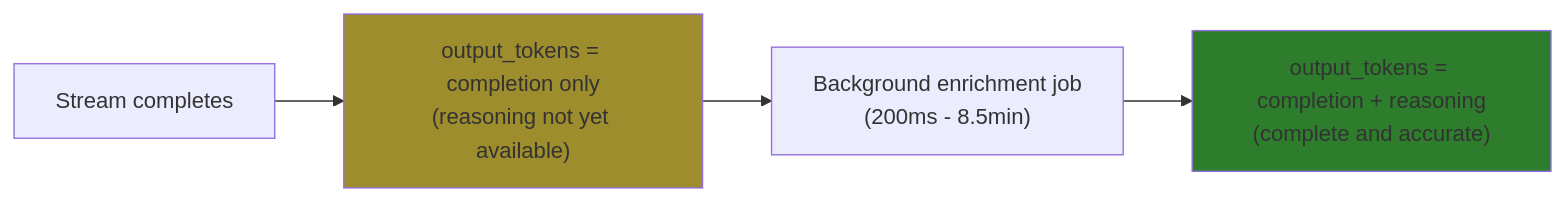
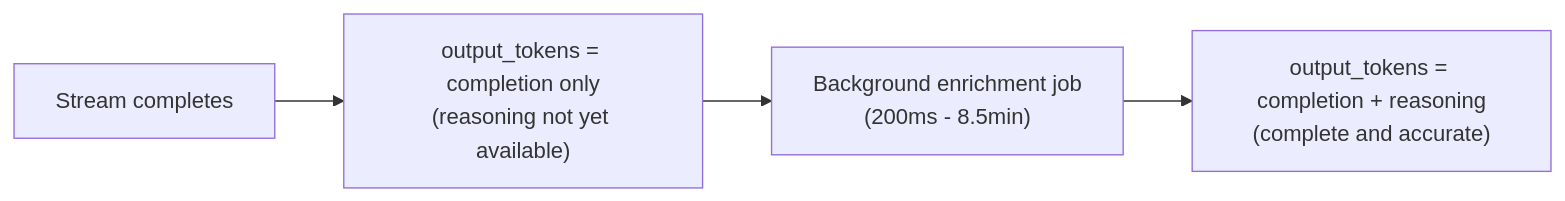
One commit to haowjy/meridian-flow changed the second of 2 diagrams in _docs/technical/llm/tokens/README.md. Above: the diagram before and after it, drawn with Mermaid. The commit also changed 46 other files, not shown here.

````diff
--- a/_docs/technical/llm/tokens/README.md
+++ b/_docs/technical/llm/tokens/README.md
@@ -63,9 +63,7 @@
 ```mermaid
 flowchart LR
     A["Stream completes"] --> B["output_tokens = completion only<br/>(reasoning not yet available)"]
     B --> C["Background enrichment job<br/>(200ms - 8.5min)"]
     C --> D["output_tokens = completion + reasoning<br/>(complete and accurate)"]
 
-    style B fill:#9d8d2d
-    style D fill:#2d7d2d
 ```
````
